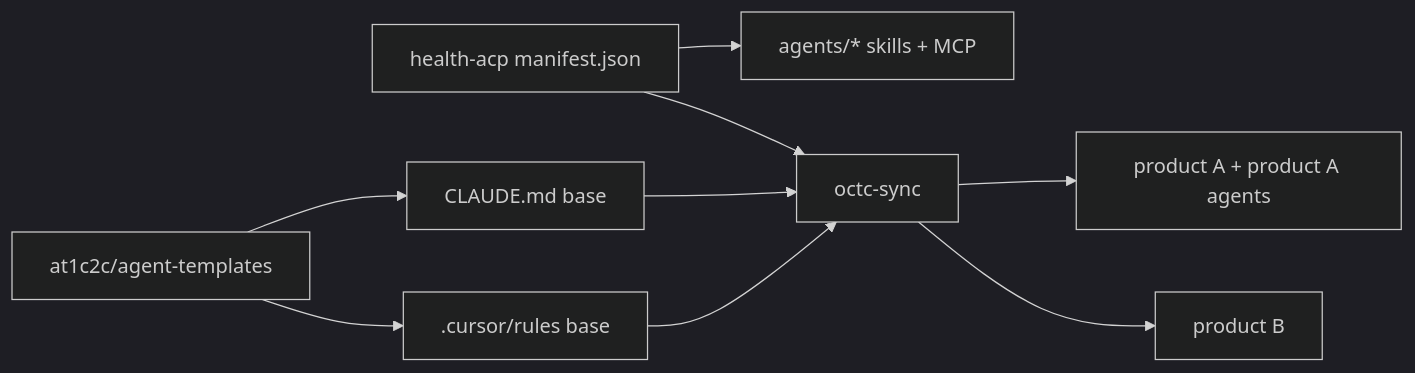
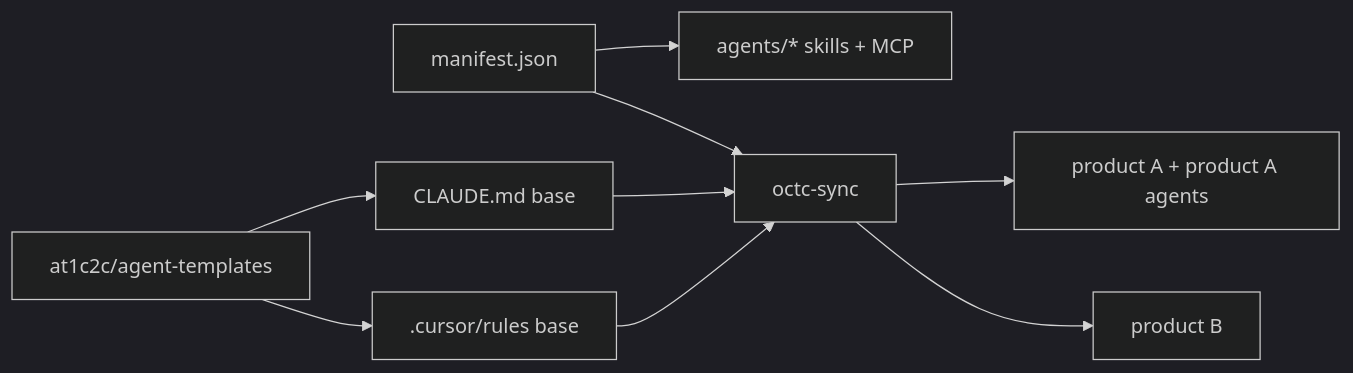
One commit to OneClickToControl/octc-platform changed the diagram in docs/agents/RUNTIME_SYNC.md. Above: the diagram before and after it, drawn with Mermaid (dark theme). The commit also changed 13 other files, not shown here.

````diff
--- a/docs/agents/RUNTIME_SYNC.md
+++ b/docs/agents/RUNTIME_SYNC.md
@@ -13,11 +13,11 @@
 ```mermaid
 flowchart LR
-  ACP["health-acp manifest.json"] --> SKILLS["agents/* skills + MCP"]
+  ACP["<acp-id> manifest.json"] --> SKILLS["agents/* skills + MCP"]
   TPL["at1c2c/agent-templates"] --> CLAUDE["CLAUDE.md base"]
   TPL --> CURSOR[".cursor/rules base"]
   ACP --> SYNC["octc-sync"]
   CLAUDE --> SYNC
   CURSOR --> SYNC
   SYNC --> productA["product A + product A agents"]
   SYNC --> productB["product B"]
 ```
````
